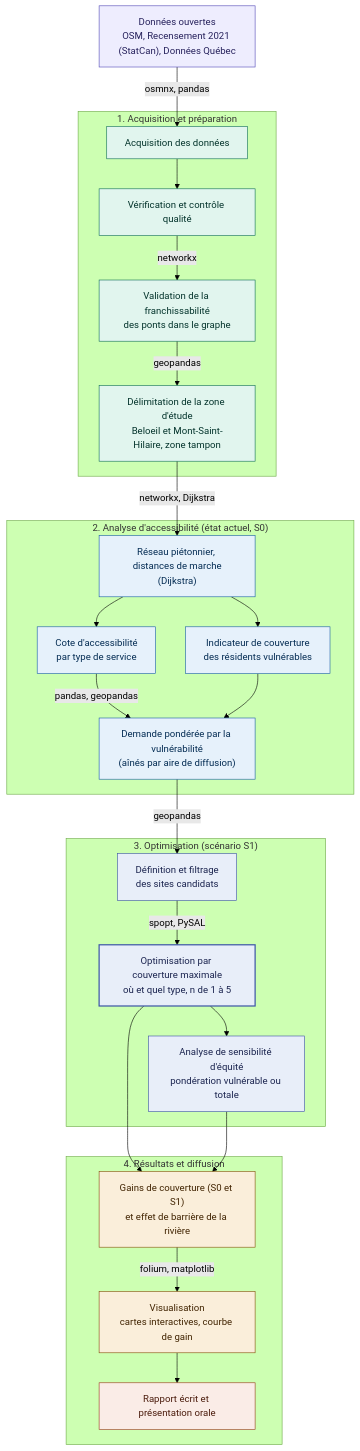
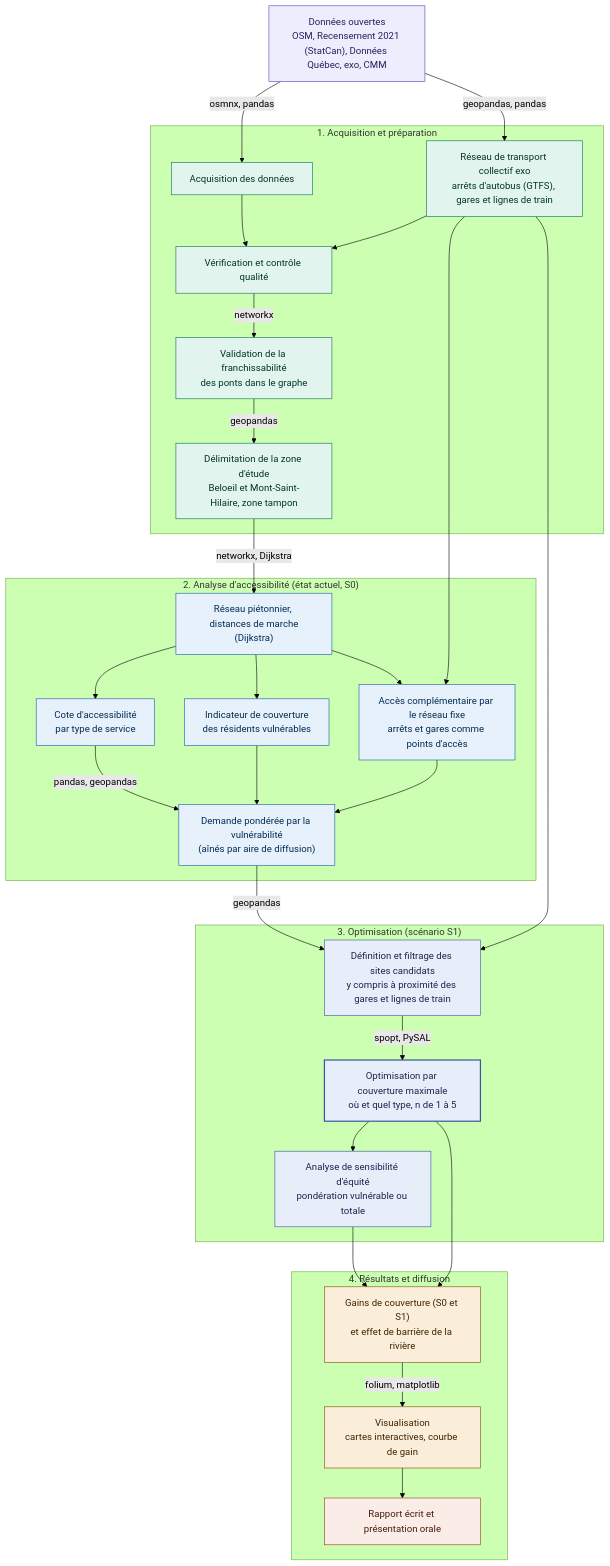
The diagram in README.md (girm8601/GMQ580_PS_MGiraldeau), drawn with Mermaid (forest theme) before and after one commit. The commit also changed other lines of this file, not shown here.

````diff
--- a/README.md
+++ b/README.md
@@ -43,63 +52,73 @@
 ```mermaid
 flowchart TD
-    A["Données ouvertes<br/>OSM, Recensement 2021 (StatCan), Données Québec"]
+    A["Données ouvertes<br/>OSM, Recensement 2021 (StatCan), Données Québec, exo, CMM"]
 
     subgraph P1["1. Acquisition et préparation"]
         B["Acquisition des données"]
+        T["Réseau de transport collectif exo<br/>arrêts d'autobus (GTFS), gares et lignes de train"]
         C["Vérification et contrôle qualité"]
         D["Validation de la franchissabilité<br/>des ponts dans le graphe"]
         E["Délimitation de la zone d'étude<br/>Beloeil et Mont-Saint-Hilaire, zone tampon"]
     end
 
     subgraph P2["2. Analyse d'accessibilité (état actuel, S0)"]
         F["Réseau piétonnier, distances de marche<br/>(Dijkstra)"]
         G["Cote d'accessibilité<br/>par type de service"]
+        TA["Accès complémentaire par le réseau fixe<br/>arrêts et gares comme points d'accès"]
         H["Indicateur de couverture<br/>des résidents vulnérables"]
         I["Demande pondérée par la vulnérabilité<br/>(aînés par aire de diffusion)"]
     end
 
     subgraph P3["3. Optimisation (scénario S1)"]
-        J["Définition et filtrage<br/>des sites candidats"]
+        J["Définition et filtrage des sites candidats<br/>y compris à proximité des gares et lignes de train"]
         K["Optimisation par couverture maximale<br/>où et quel type, n de 1 à 5"]
         L["Analyse de sensibilité d'équité<br/>pondération vulnérable ou totale"]
     end
 
     subgraph P4["4. Résultats et diffusion"]
         M["Gains de couverture (S0 et S1)<br/>et effet de barrière de la rivière"]
         N["Visualisation<br/>cartes interactives, courbe de gain"]
         O["Rapport écrit et présentation orale"]
     end
 
     A -->|"osmnx, pandas"| B
+    A -->|"geopandas, pandas"| T
     B --> C
+    T --> C
     C -->|"networkx"| D
     D -->|"geopandas"| E
     E -->|"networkx, Dijkstra"| F
     F --> G
     F --> H
+    T --> TA
+    F --> TA
+    TA --> I
     G -->|"pandas, geopandas"| I
     H --> I
     I -->|"geopandas"| J
+    T --> J
     J -->|"spopt, PySAL"| K
     K --> L
     K --> M
     L --> M
     M -->|"folium, matplotlib"| N
     N --> O
 
     style A fill:#EEEDFE,stroke:#534AB7,color:#26215C
     style B fill:#E1F5EE,stroke:#0F6E56,color:#04342C
+    style T fill:#E1F5EE,stroke:#0F6E56,color:#04342C
     style C fill:#E1F5EE,stroke:#0F6E56,color:#04342C
     style D fill:#E1F5EE,stroke:#0F6E56,color:#04342C
     style E fill:#E1F5EE,stroke:#0F6E56,color:#04342C
     style F fill:#E6F1FB,stroke:#185FA5,color:#042C53
     style G fill:#E6F1FB,stroke:#185FA5,color:#042C53
+    style TA fill:#E6F1FB,stroke:#185FA5,color:#042C53
     style H fill:#E6F1FB,stroke:#185FA5,color:#042C53
     style I fill:#E6F1FB,stroke:#185FA5,color:#042C53
     style J fill:#E8EEF9,stroke:#3B53A4,color:#1B244F
     style K fill:#E8EEF9,stroke:#3B53A4,color:#1B244F,stroke-width:2px
     style L fill:#E8EEF9,stroke:#3B53A4,color:#1B244F
     style M fill:#FAEEDA,stroke:#854F0B,color:#412402
     style N fill:#FAEEDA,stroke:#854F0B,color:#412402
     style O fill:#FAECE7,stroke:#993C1D,color:#4A1B0C
 ```
````
